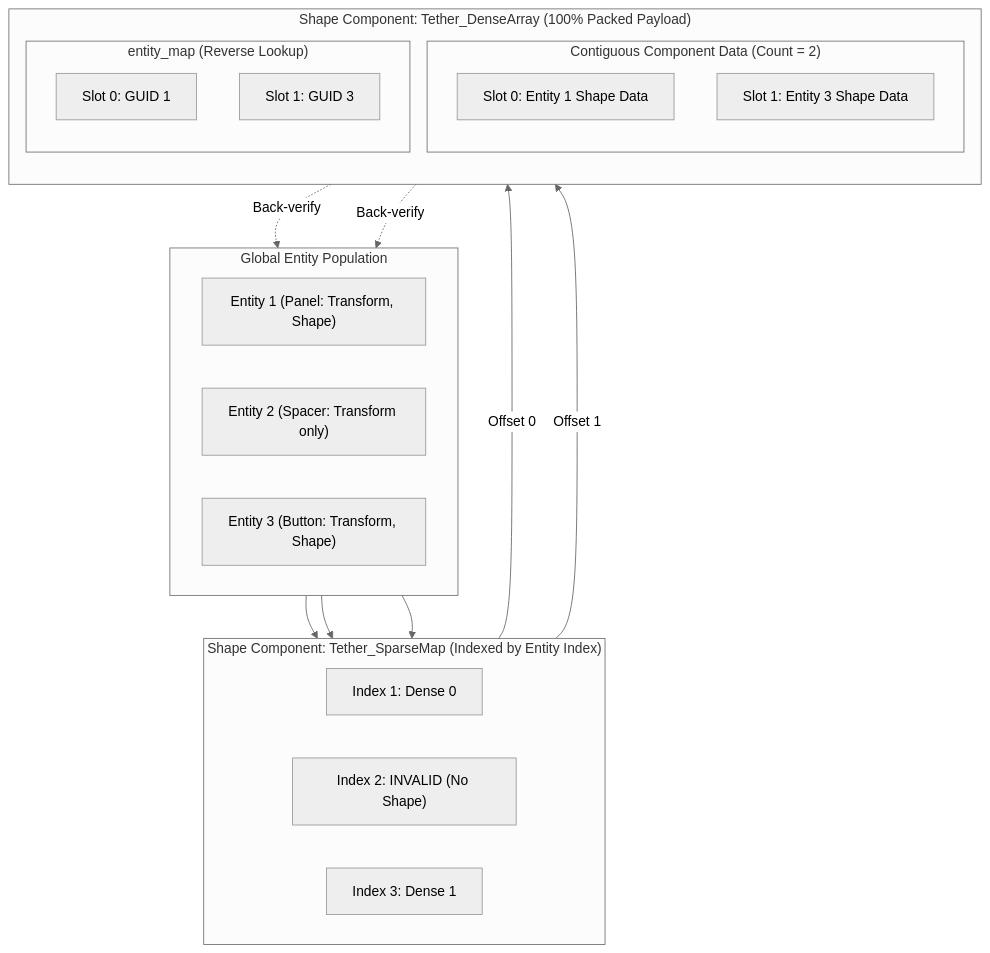
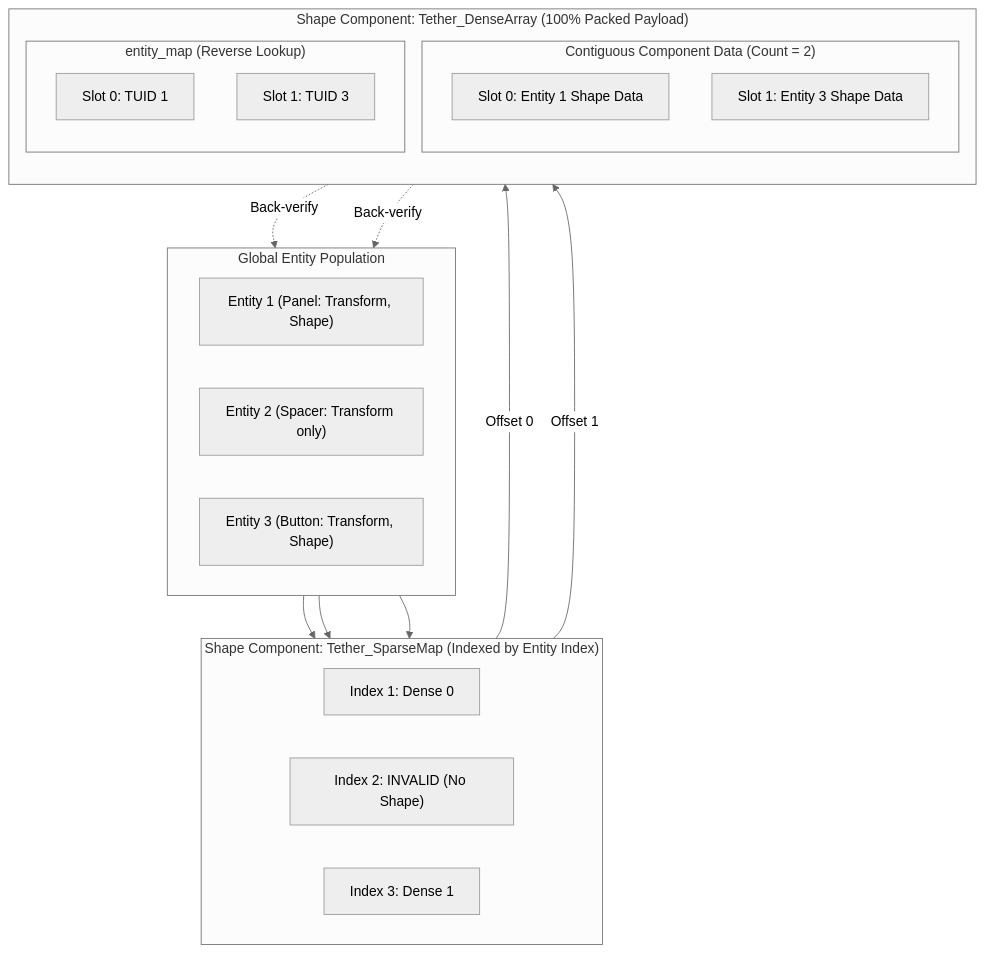
Before and after one commit to Yuvi-GD/Tether: the second of 5 diagrams in docs/technical/03_ecs_and_memory.md, drawn with Mermaid (neutral theme). The commit also changed other lines of this file and 84 other files, not shown here.

Commit message:
refactor(core): rename Tether_GUID to TUID across codebase and documentation

````diff
--- a/docs/technical/03_ecs_and_memory.md
+++ b/docs/technical/03_ecs_and_memory.md
@@ -90,37 +90,37 @@
 ```mermaid
 flowchart TD
     subgraph Entities["Global Entity Population"]
         direction LR
         E1["Entity 1 (Panel: Transform, Shape)"]
         E2["Entity 2 (Spacer: Transform only)"]
         E3["Entity 3 (Button: Transform, Shape)"]
     end
 
     subgraph SparseMap["Shape Component: Tether_SparseMap (Indexed by Entity Index)"]
         direction LR
         S1["Index 1: Dense 0"]
         S2["Index 2: INVALID (No Shape)"]
         S3["Index 3: Dense 1"]
     end
 
     subgraph DenseArray["Shape Component: Tether_DenseArray (100% Packed Payload)"]
         direction TB
         subgraph Payload["Contiguous Component Data (Count = 2)"]
             D0["Slot 0: Entity 1 Shape Data"]
             D1["Slot 1: Entity 3 Shape Data"]
         end
         subgraph BackMap["entity_map (Reverse Lookup)"]
-            M0["Slot 0: GUID 1"]
-            M1["Slot 1: GUID 3"]
+            M0["Slot 0: TUID 1"]
+            M1["Slot 1: TUID 3"]
         end
     end
 
     E1 --> S1
     E2 --> S2
     E3 --> S3
 
     S1 -->|Offset 0| D0
     S3 -->|Offset 1| D1
     M0 -.->|Back-verify| E1
     M1 -.->|Back-verify| E3
 ```
````
